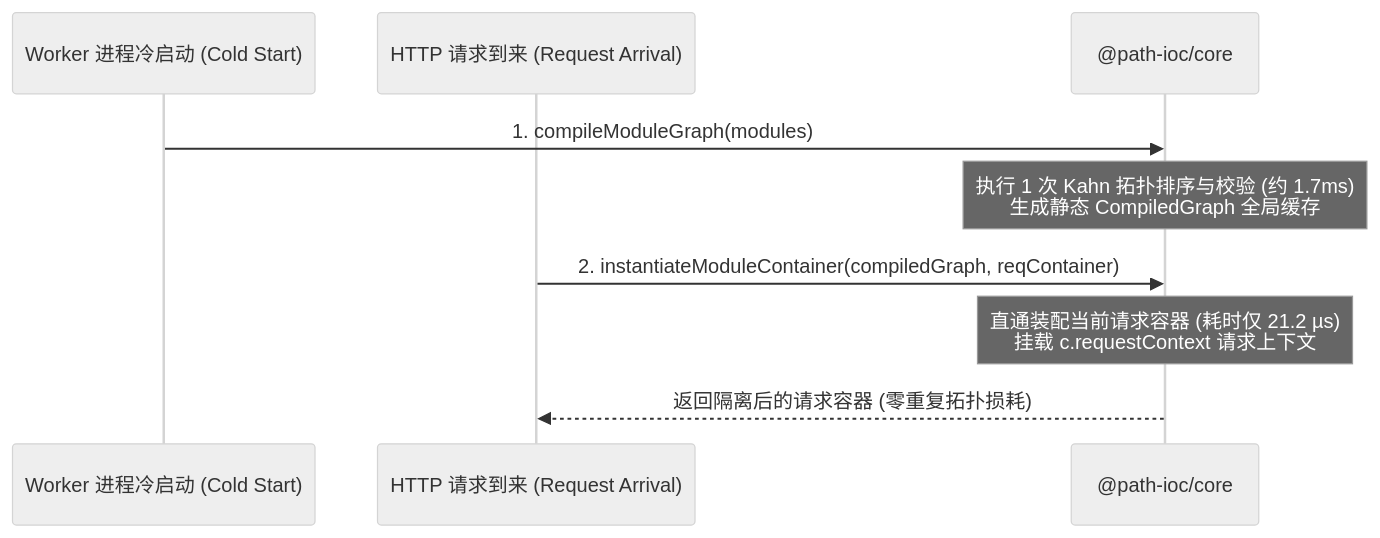
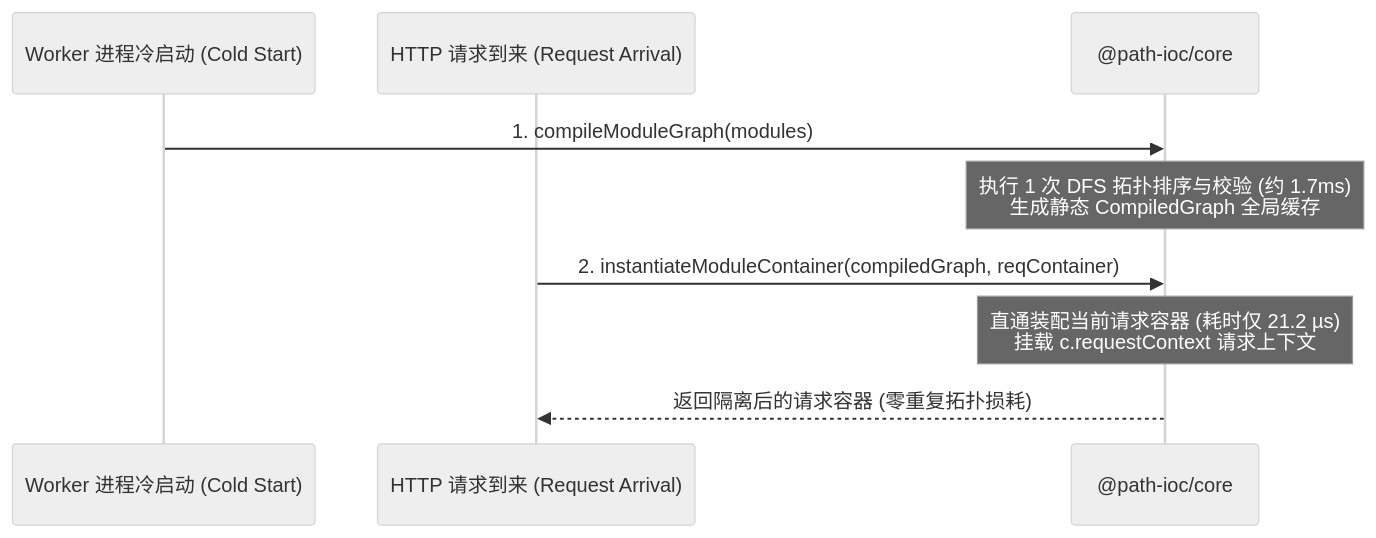
Before and after one commit to path-ioc/path-ioc: the diagram in docs/zh/guide/edge-and-serverless.md, drawn with Mermaid (neutral theme). The commit also changed other lines of this file and 38 other files, not shown here.

````diff
--- a/docs/zh/guide/edge-and-serverless.md
+++ b/docs/zh/guide/edge-and-serverless.md
@@ -13,13 +13,13 @@
 ```mermaid
 sequenceDiagram
     participant Worker as Worker 进程冷启动 (Cold Start)
     participant Request as HTTP 请求到来 (Request Arrival)
     participant Engine as @path-ioc/core
 
     Worker->>Engine: 1. compileModuleGraph(modules)
-    Note over Engine: 执行 1 次 Kahn 拓扑排序与校验 (约 1.7ms)<br>生成静态 CompiledGraph 全局缓存
+    Note over Engine: 执行 1 次 DFS 拓扑排序与校验 (约 1.7ms)<br>生成静态 CompiledGraph 全局缓存
     
     Request->>Engine: 2. instantiateModuleContainer(compiledGraph, reqContainer)
     Note over Engine: 直通装配当前请求容器 (耗时仅 21.2 µs)<br>挂载 c.requestContext 请求上下文
     Engine-->>Request: 返回隔离后的请求容器 (零重复拓扑损耗)
 ```
````
